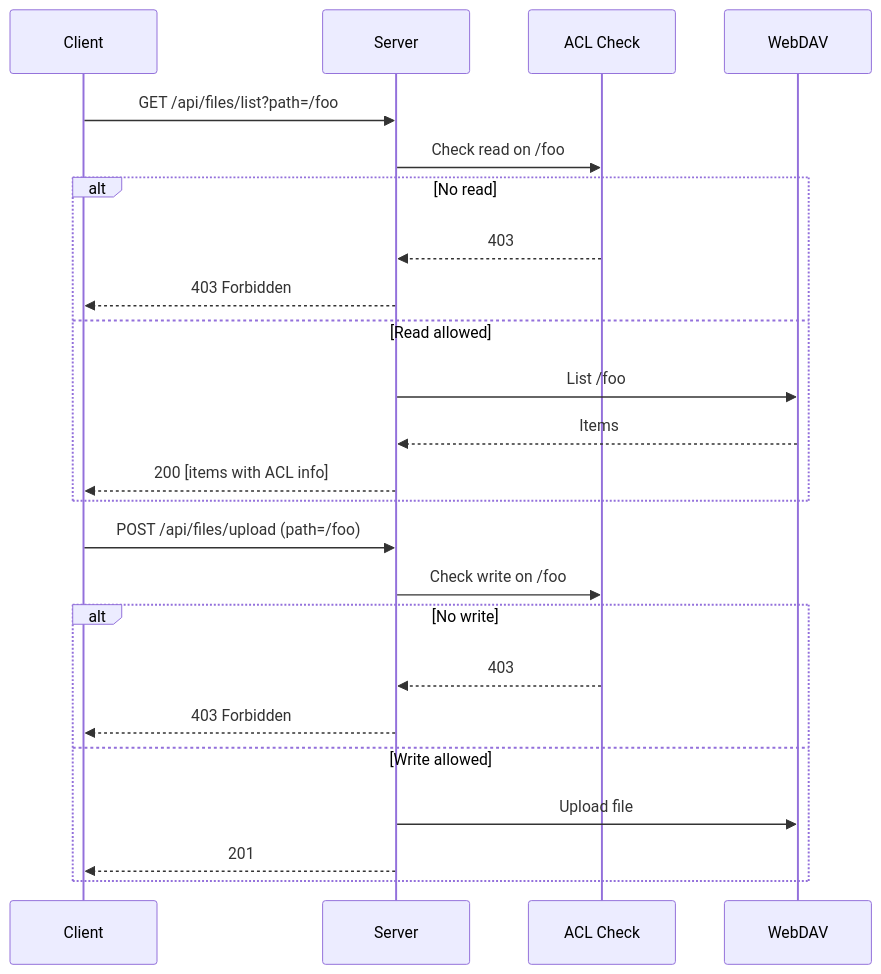
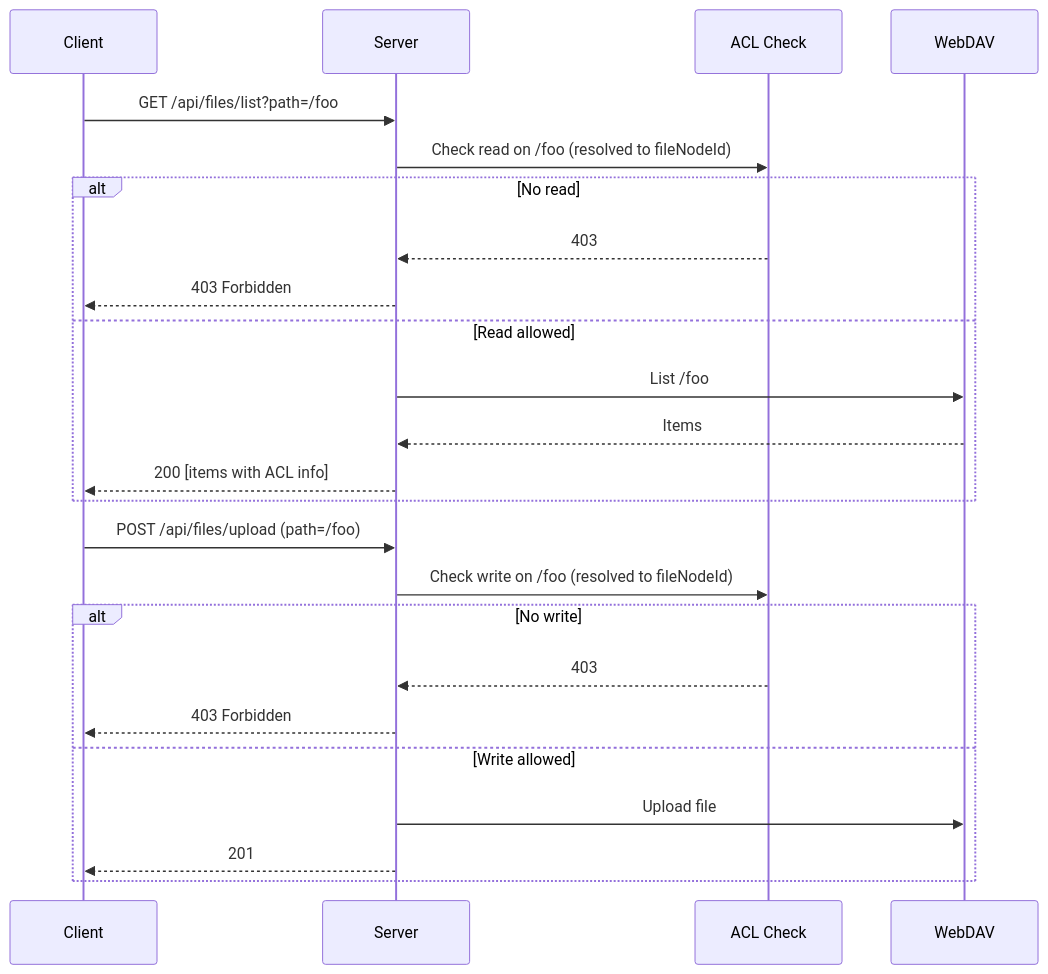
One commit to rct3232/webdav-easyaccess changed the first of 2 diagrams in docs/features/files-sharing.md. Above: the diagram before and after it, drawn with Mermaid. The commit also changed other lines of this file and 12 other files, not shown here.

First line of the commit message:
docs: update specs for Phase 0 node_id-based schema migration

````diff
--- a/docs/features/files-sharing.md
+++ b/docs/features/files-sharing.md
@@ -113,28 +113,28 @@
 ```mermaid
 sequenceDiagram
     participant C as Client
     participant S as Server
     participant ACL as ACL Check
     participant W as WebDAV
 
     C->>S: GET /api/files/list?path=/foo
-    S->>ACL: Check read on /foo
+    S->>ACL: Check read on /foo (resolved to fileNodeId)
     alt No read
         ACL-->>S: 403
         S-->>C: 403 Forbidden
     else Read allowed
         S->>W: List /foo
         W-->>S: Items
         S-->>C: 200 [items with ACL info]
     end
 
     C->>S: POST /api/files/upload (path=/foo)
-    S->>ACL: Check write on /foo
+    S->>ACL: Check write on /foo (resolved to fileNodeId)
     alt No write
         ACL-->>S: 403
         S-->>C: 403 Forbidden
     else Write allowed
         S->>W: Upload file
         S-->>C: 201
     end
 ```
````
